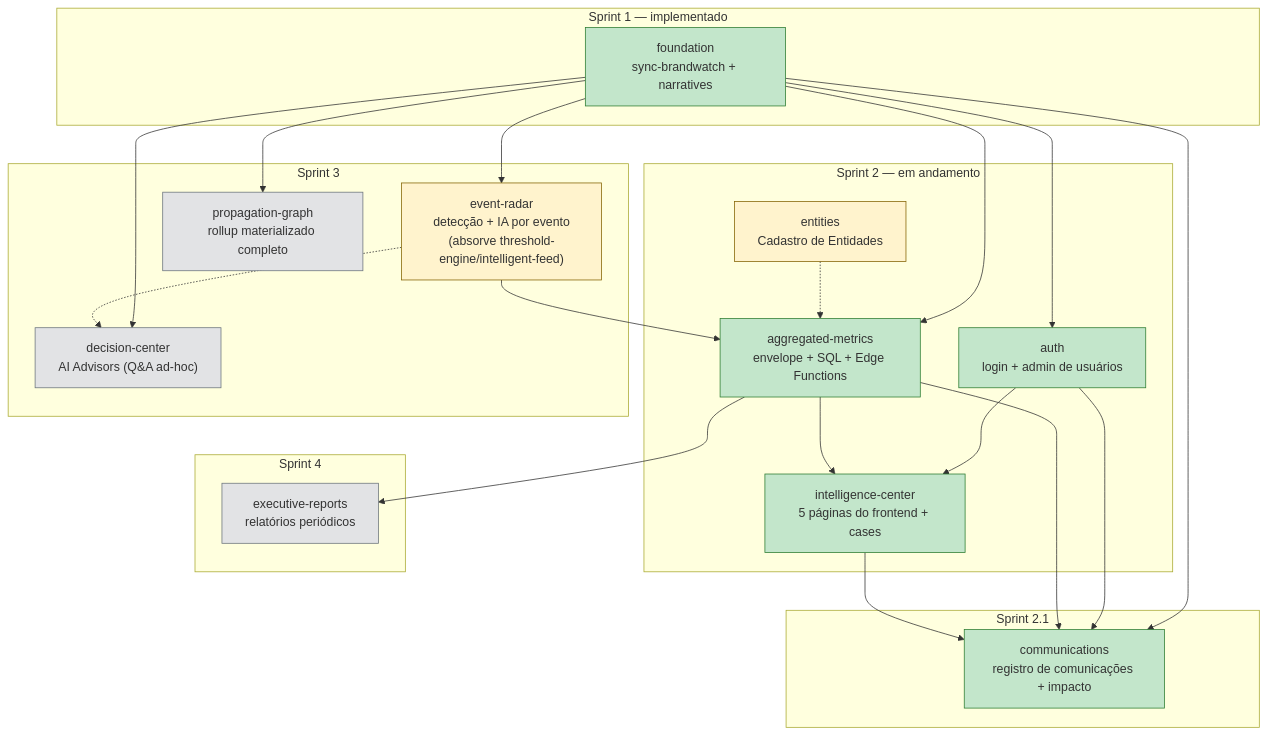
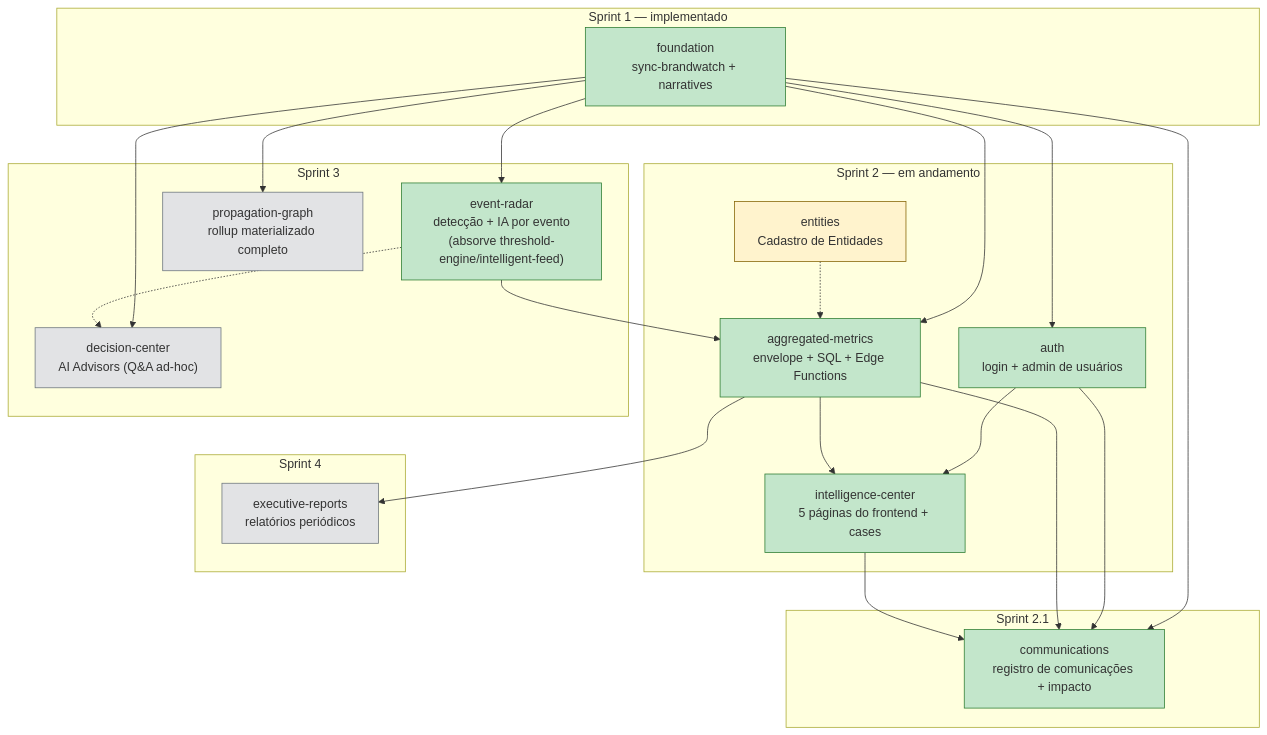
The diagram in .dev/specs/_architecture.md (reputationcustom/dev-reputation), drawn with Mermaid before and after one commit. The commit also changed other lines of this file and 17 other files, not shown here.

````diff
--- a/.dev/specs/_architecture.md
+++ b/.dev/specs/_architecture.md
@@ -20,58 +20,58 @@
 ```mermaid
 graph TD
     subgraph SPRINT1["Sprint 1 — implementado"]
         FOUNDATION["foundation<br/>sync-brandwatch + narratives"]
     end
 
     subgraph SPRINT2["Sprint 2 — em andamento"]
         AUTH["auth<br/>login + admin de usuários"]
         AGGMETRICS["aggregated-metrics<br/>envelope + SQL + Edge Functions"]
         INTEL["intelligence-center<br/>5 páginas do frontend + cases"]
         ENTITIES["entities<br/>Cadastro de Entidades"]
     end
 
     subgraph SPRINT2_1["Sprint 2.1"]
         COMMUNICATIONS["communications<br/>registro de comunicações + impacto"]
     end
 
     subgraph SPRINT3["Sprint 3"]
         EVENTRADAR["event-radar<br/>detecção + IA por evento<br/>(absorve threshold-engine/intelligent-feed)"]
         PROPGRAPH["propagation-graph<br/>rollup materializado completo"]
         DECISIONCENTER["decision-center<br/>AI Advisors (Q&A ad-hoc)"]
     end
 
     subgraph SPRINT4["Sprint 4"]
         REPORTS["executive-reports<br/>relatórios periódicos"]
     end
 
     FOUNDATION --> AUTH
     FOUNDATION --> AGGMETRICS
     FOUNDATION --> EVENTRADAR
     FOUNDATION --> PROPGRAPH
     FOUNDATION --> DECISIONCENTER
 
     AUTH --> INTEL
     AGGMETRICS --> INTEL
     ENTITIES -.-> AGGMETRICS
 
     FOUNDATION --> COMMUNICATIONS
     AUTH --> COMMUNICATIONS
     AGGMETRICS --> COMMUNICATIONS
     INTEL --> COMMUNICATIONS
 
     EVENTRADAR --> AGGMETRICS
     EVENTRADAR -.-> DECISIONCENTER
 
     AGGMETRICS --> REPORTS
 
     style FOUNDATION fill:#c3e6cb,stroke:#2e7d32
     style AUTH fill:#c3e6cb,stroke:#2e7d32
     style AGGMETRICS fill:#c3e6cb,stroke:#2e7d32
     style INTEL fill:#c3e6cb,stroke:#2e7d32
     style ENTITIES fill:#fff3cd,stroke:#856404
     style COMMUNICATIONS fill:#c3e6cb,stroke:#2e7d32
-    style EVENTRADAR fill:#fff3cd,stroke:#856404
+    style EVENTRADAR fill:#c3e6cb,stroke:#2e7d32
     style PROPGRAPH fill:#e2e3e5,stroke:#6c757d
     style DECISIONCENTER fill:#e2e3e5,stroke:#6c757d
     style REPORTS fill:#e2e3e5,stroke:#6c757d
 ```
````
